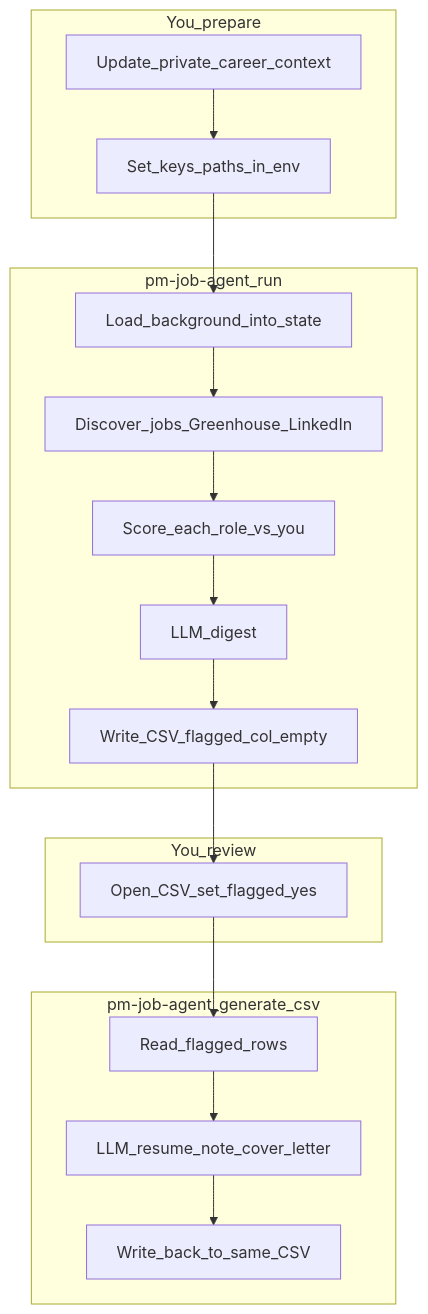
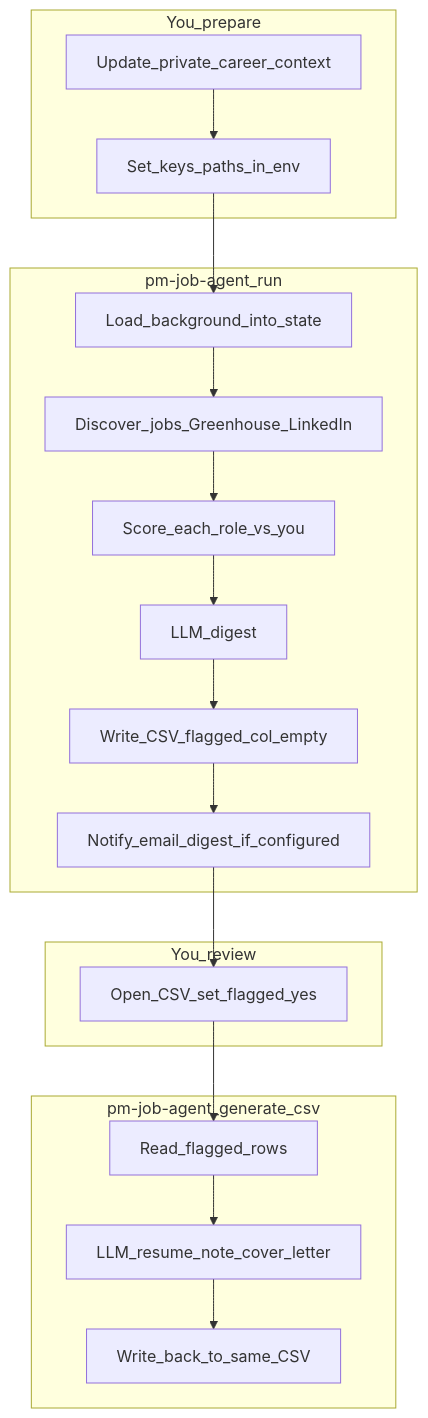
The diagram in README.md (ravigahlla/pm-job-agent), drawn with Mermaid before and after one commit. The commit also changed other lines of this file, not shown here.

Commit message:
docs(readme): reflect email digest notification in pipeline docs

````diff
--- a/README.md
+++ b/README.md
@@ -16,36 +16,38 @@
 ```mermaid
 flowchart TB
   subgraph prep [You_prepare]
     writeContext[Update_private_career_context]
     writeEnv[Set_keys_paths_in_env]
   end
 
   subgraph run [pm-job-agent_run]
     loadBg[Load_background_into_state]
     gather[Discover_jobs_Greenhouse_LinkedIn]
     rank[Score_each_role_vs_you]
     digest[LLM_digest]
     persist[Write_CSV_flagged_col_empty]
+    notifyEmail["Notify_email_digest_if_configured"]
   end
 
   subgraph review [You_review]
     openCSV[Open_CSV_set_flagged_yes]
   end
 
   subgraph generate [pm-job-agent_generate_csv]
     readFlagged[Read_flagged_rows]
     genDocs[LLM_resume_note_cover_letter]
     writeBack[Write_back_to_same_CSV]
   end
 
   writeContext --> writeEnv
   writeEnv --> loadBg
   loadBg --> gather
   gather --> rank
   rank --> digest
   digest --> persist
-  persist --> openCSV
+  persist --> notifyEmail
+  notifyEmail --> openCSV
   openCSV --> readFlagged
   readFlagged --> genDocs
   genDocs --> writeBack
 ```
````
